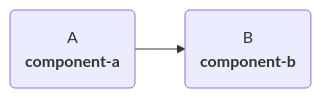
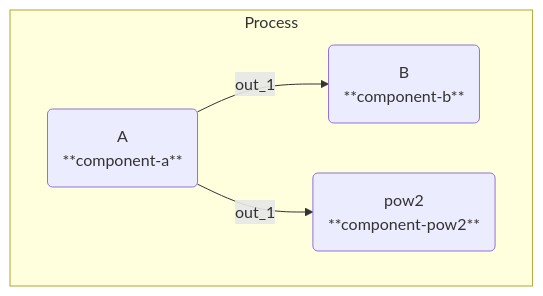
The diagram in README.md (plugboard-dev/plugboard), drawn with Mermaid before and after one commit. The commit also changed other lines of this file and 10 other files, not shown here.

````diff
--- a/README.md
+++ b/README.md
@@ -131,4 +144,11 @@
 ```mermaid
 flowchart LR
-  component-a@{ shape: rounded, label: A<br>**component-a** } --> component-b@{ shape: rounded, label: B<br>**component-b** }
+  subgraph Process
+    direction LR
+    comp_a(A<br>**component-a**)
+    comp_b(B<br>**component-b**)
+    comp_pow2(pow2<br>**component-pow2**)
+  end
+  comp_a -- out_1 --> comp_b
+  comp_a -- out_1 --> comp_pow2
 ```
````
